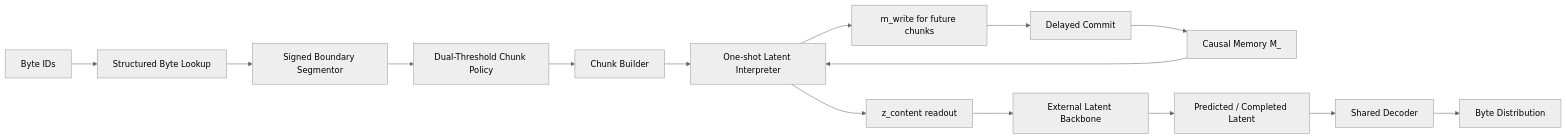
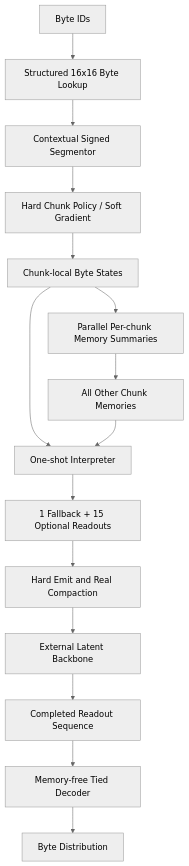
One commit to wdd9700/FLUED changed the diagram in README.md. Above: the diagram before and after it, drawn with Mermaid (neutral theme). The commit also changed other lines of this file and 270 other files, not shown here.

````diff
--- a/README.md
+++ b/README.md
@@ -143,17 +147,17 @@
 ```mermaid
-flowchart LR
-    A["Byte IDs"] --> B["Structured Byte Lookup"]
-    B --> C["Signed Boundary Segmentor"]
-    C --> D["Dual-Threshold Chunk Policy"]
-    D --> E["Chunk Builder"]
-    E --> F["One-shot Latent Interpreter"]
-    M["Causal Memory M_<t>"] --> F
-    F --> Z["z_content readout"]
-    F --> W["m_write for future chunks"]
-    W --> CM["Delayed Commit"]
-    CM --> M
-    Z --> G["External Latent Backbone"]
-    G --> P["Predicted / Completed Latent"]
-    P --> H["Shared Decoder"]
-    H --> I["Byte Distribution"]
+flowchart TD
+    A["Byte IDs"] --> B["Structured 16x16 Byte Lookup"]
+    B --> C["Contextual Signed Segmentor"]
+    C --> D["Hard Chunk Policy / Soft Gradient"]
+    D --> E["Chunk-local Byte States"]
+    E --> M["Parallel Per-chunk Memory Summaries"]
+    E --> F["One-shot Interpreter"]
+    M --> X["All Other Chunk Memories"]
+    X --> F
+    F --> R["1 Fallback + 15 Optional Readouts"]
+    R --> G["Hard Emit and Real Compaction"]
+    G --> H["External Latent Backbone"]
+    H --> I["Completed Readout Sequence"]
+    I --> J["Memory-free Tied Decoder"]
+    J --> K["Byte Distribution"]
 ```
````
